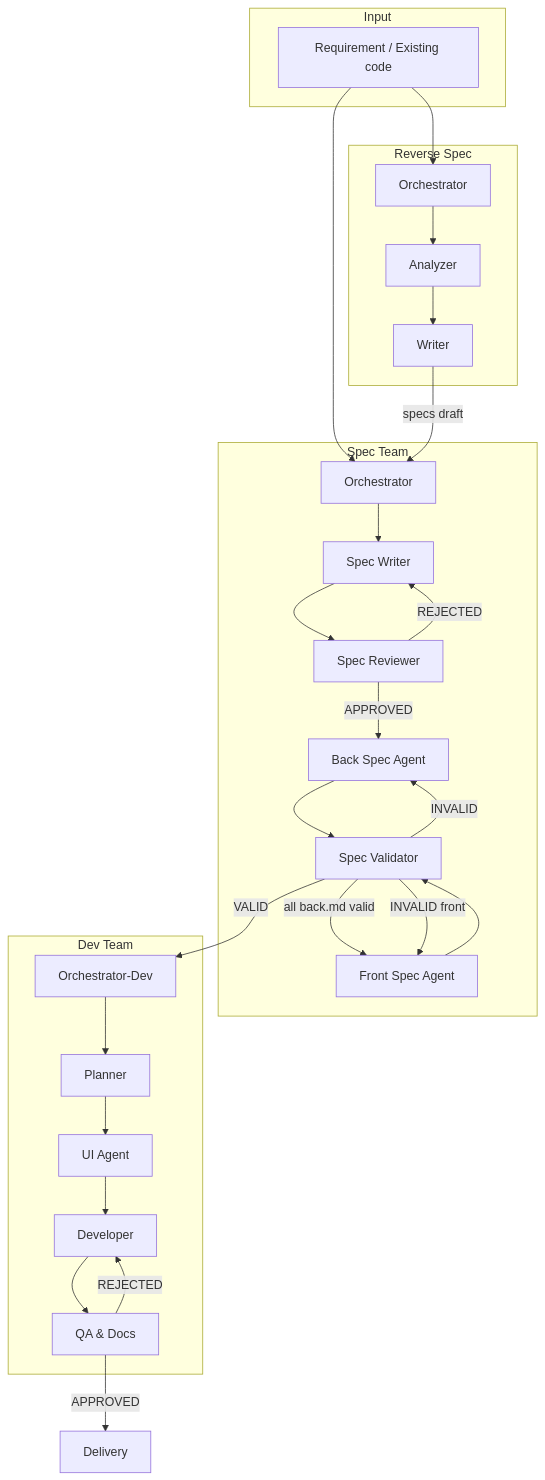
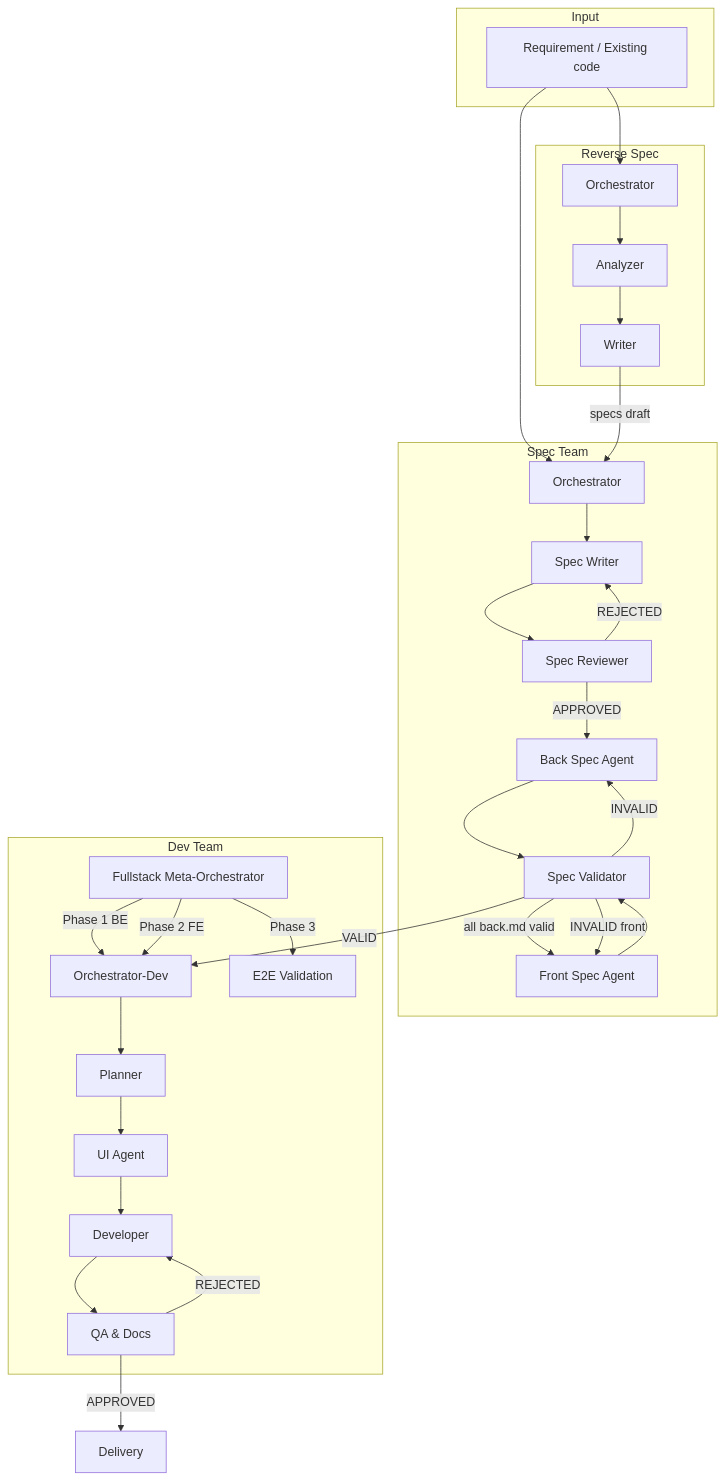
One commit to zig999/siegard-code changed the diagram in docs-en/01-overview/README.md. Above: the diagram before and after it, drawn with Mermaid. The commit also changed other lines of this file and 34 other files, not shown here.

First line of the commit message:
Add fullstack (domain: fullstack) support with meta-orchestrator

````diff
--- a/docs-en/01-overview/README.md
+++ b/docs-en/01-overview/README.md
@@ -19,42 +19,46 @@
 ```mermaid
 graph TB
     subgraph INPUT["Input"]
         REQ[Requirement / Existing code]
     end
     subgraph RSPEC["Reverse Spec"]
         RSORC[Orchestrator]
         RSANA[Analyzer]
         RSWRT[Writer]
         RSORC --> RSANA --> RSWRT
     end
     subgraph SPEC["Spec Team"]
         SPORC[Orchestrator]
         SPWRT[Spec Writer]
         SPREV[Spec Reviewer]
         SPBCK[Back Spec Agent]
         SPFRT[Front Spec Agent]
         SPVAL[Spec Validator]
         SPORC --> SPWRT --> SPREV
         SPREV -->|APPROVED| SPBCK
         SPREV -->|REJECTED| SPWRT
         SPBCK --> SPVAL
         SPVAL -->|all back.md valid| SPFRT
         SPFRT --> SPVAL
         SPVAL -->|INVALID| SPBCK
         SPVAL -->|INVALID front| SPFRT
     end
     subgraph DEV["Dev Team"]
         DVORC[Orchestrator-Dev]
+        FSORC[Fullstack Meta-Orchestrator]
         PLAN[Planner]
         UIAG[UI Agent]
         DEVAG[Developer]
         QAAG[QA & Docs]
+        FSORC -->|Phase 1 BE| DVORC
+        FSORC -->|Phase 2 FE| DVORC
+        FSORC -->|Phase 3| E2E[E2E Validation]
         DVORC --> PLAN --> UIAG --> DEVAG --> QAAG
         QAAG -->|REJECTED| DEVAG
     end
     REQ --> RSORC
     REQ --> SPORC
     RSWRT -->|specs draft| SPORC
     SPVAL -->|VALID| DVORC
     QAAG -->|APPROVED| END[Delivery]
 ```
````
